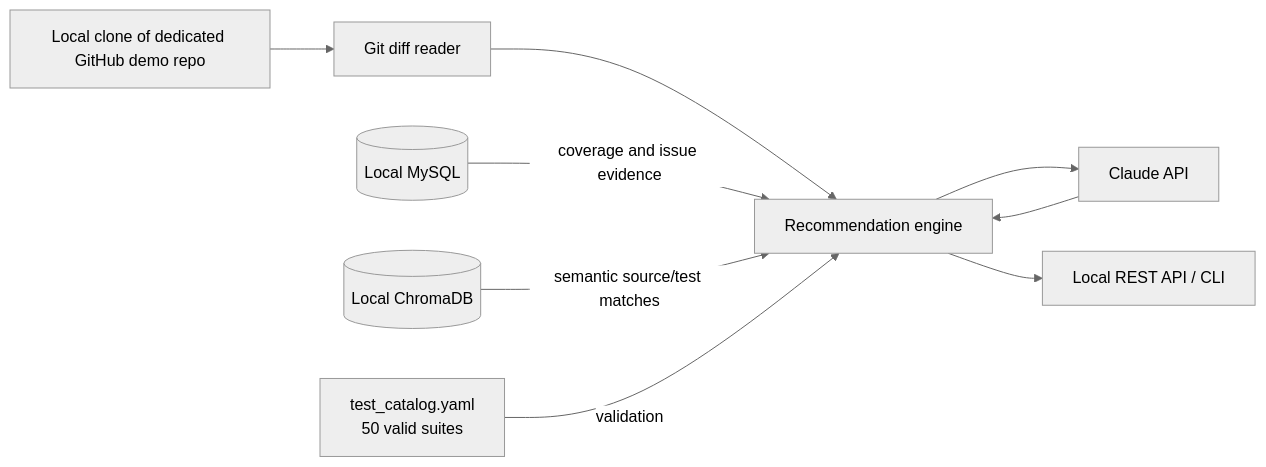
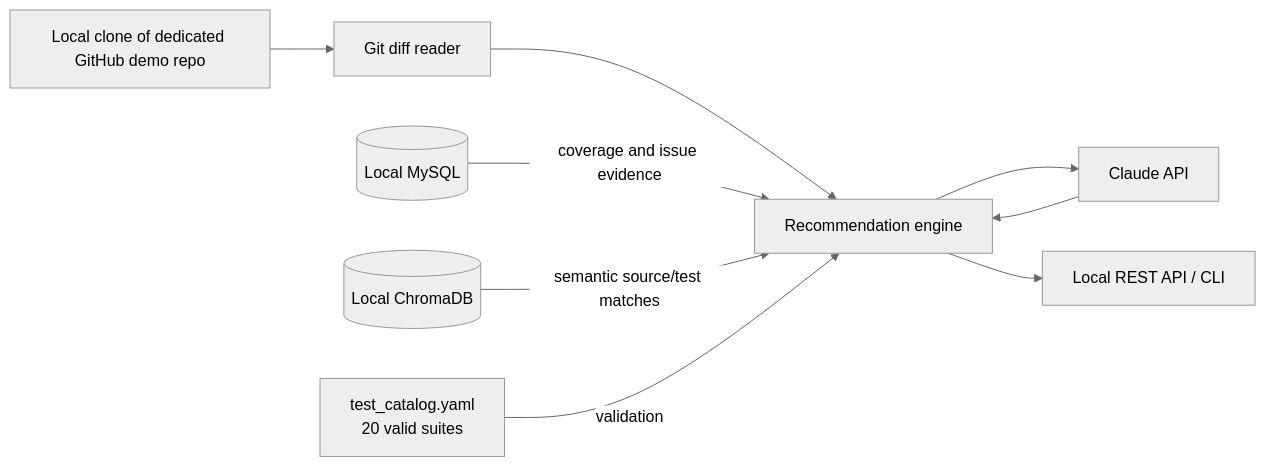
The first of 2 diagrams in PLAN.md (Adithya12121992/test_recommendation_system), drawn with Mermaid (neutral theme) before and after one commit. The commit also changed other lines of this file and 7 other files, not shown here.

````diff
--- a/PLAN.md
+++ b/PLAN.md
@@ -91,11 +109,11 @@
 ```mermaid
 flowchart LR
     Git[Local clone of dedicated GitHub demo repo] --> Diff[Git diff reader]
     Diff --> Engine[Recommendation engine]
     MySQL[(Local MySQL)] -->|coverage and issue evidence| Engine
     Chroma[(Local ChromaDB)] -->|semantic source/test matches| Engine
-    Catalog[test_catalog.yaml\n50 valid suites] -->|validation| Engine
+    Catalog[test_catalog.yaml\n20 valid suites] -->|validation| Engine
     Engine --> Claude[Claude API]
     Claude --> Engine
     Engine --> API[Local REST API / CLI]
 ```
````
